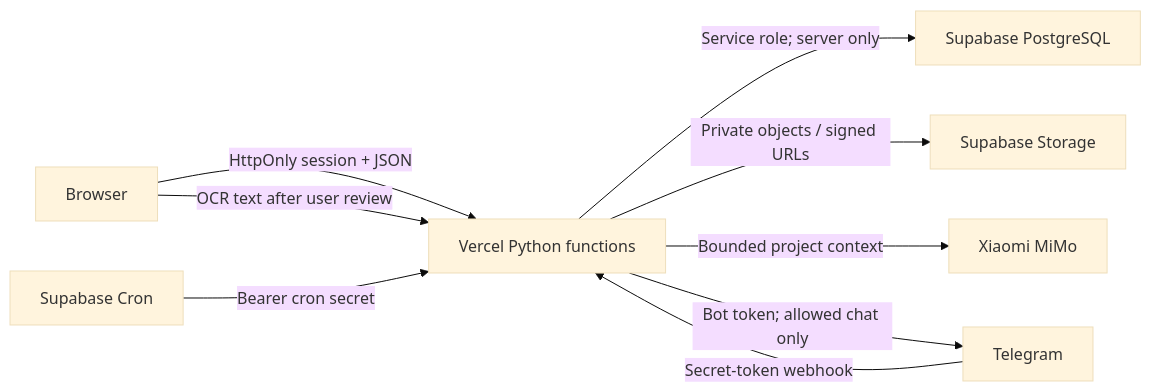
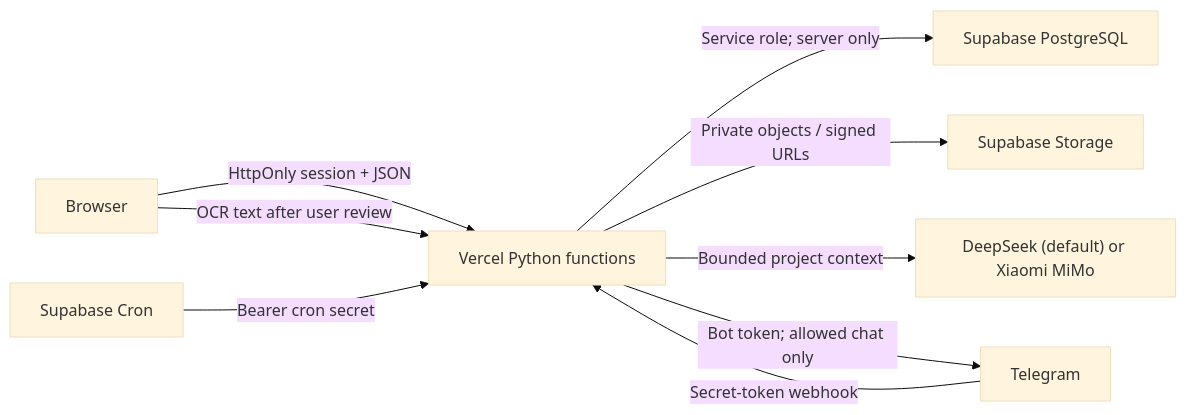
One commit to yucodings/ai_personal_scheduler_v2 changed the second of 3 diagrams in ARCHITECTURE.md. Above: the diagram before and after it, drawn with Mermaid (base theme). The commit also changed other lines of this file and 20 other files, not shown here.

Commit message:
add DeepSeek as primary AI provider

````diff
--- a/ARCHITECTURE.md
+++ b/ARCHITECTURE.md
@@ -28,11 +28,11 @@
 ```mermaid
 flowchart LR
   B["Browser"] -->|"HttpOnly session + JSON"| P["Vercel Python functions"]
   B -->|"OCR text after user review"| P
   T["Telegram"] -->|"Secret-token webhook"| P
   C["Supabase Cron"] -->|"Bearer cron secret"| P
   P -->|"Service role; server only"| DB["Supabase PostgreSQL"]
   P -->|"Private objects / signed URLs"| ST["Supabase Storage"]
-  P -->|"Bounded project context"| M["Xiaomi MiMo"]
+  P -->|"Bounded project context"| M["DeepSeek (default) or Xiaomi MiMo"]
   P -->|"Bot token; allowed chat only"| T
 ```
````
